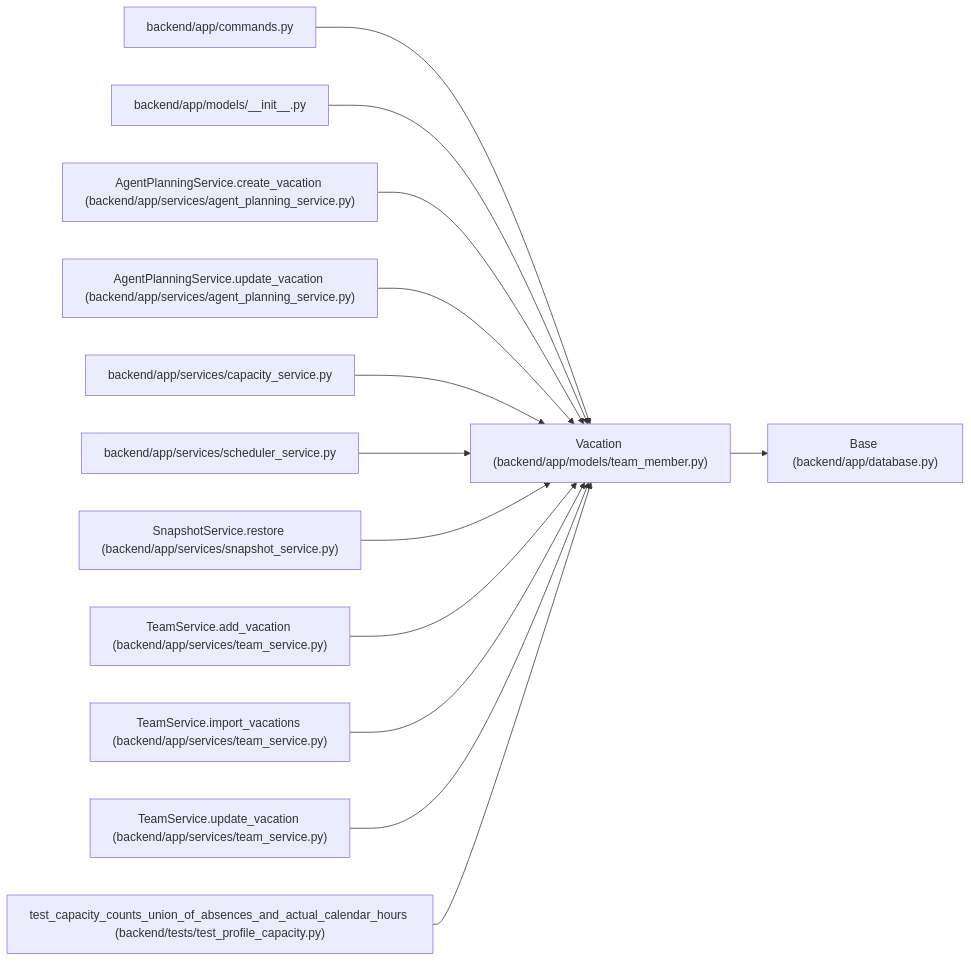
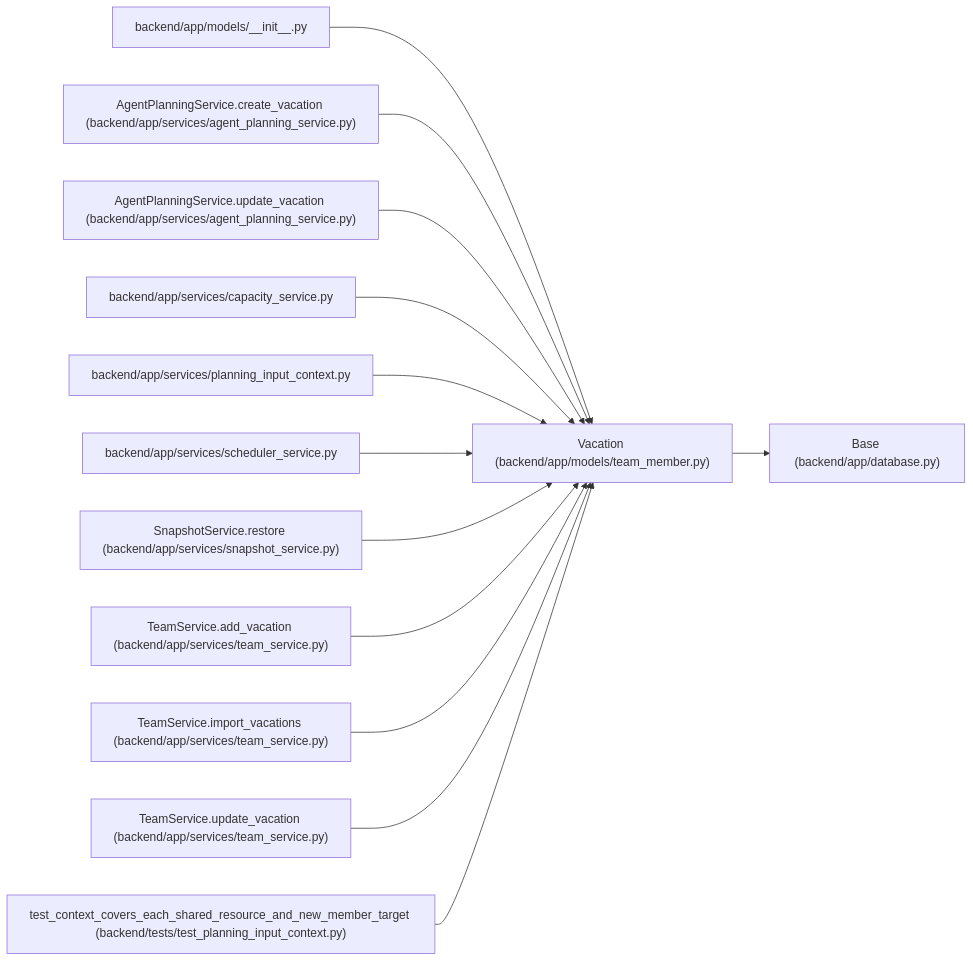
One commit to Denissvgn/WorkChord changed the diagram in docs/llm_wiki/entities/team_member_Vacation.md. Above: the diagram before and after it, drawn with Mermaid. The commit also changed other lines of this file and 10148 other files, not shown here.

````diff
--- a/docs/llm_wiki/entities/team_member_Vacation.md
+++ b/docs/llm_wiki/entities/team_member_Vacation.md
@@ -30,41 +30,41 @@
 ```mermaid
 flowchart LR
     n0["Vacation (backend/app/models/team_member.py)"]
     n1["Base (backend/app/database.py)"]
-    n2["backend/app/commands.py"]
-    n3["backend/app/models/__init__.py"]
-    n4["AgentPlanningService.create_vacation (backend/app/services/agent_planning_service.py)"]
-    n5["AgentPlanningService.update_vacation (backend/app/services/agent_planning_service.py)"]
-    n6["backend/app/services/capacity_service.py"]
+    n2["backend/app/models/__init__.py"]
+    n3["AgentPlanningService.create_vacation (backend/app/services/agent_planning_service.py)"]
+    n4["AgentPlanningService.update_vacation (backend/app/services/agent_planning_service.py)"]
+    n5["backend/app/services/capacity_service.py"]
+    n6["backend/app/services/planning_input_context.py"]
     n7["backend/app/services/scheduler_service.py"]
     n8["SnapshotService.restore (backend/app/services/snapshot_service.py)"]
     n9["TeamService.add_vacation (backend/app/services/team_service.py)"]
     n10["TeamService.import_vacations (backend/app/services/team_service.py)"]
     n11["TeamService.update_vacation (backend/app/services/team_service.py)"]
-    n12["test_capacity_counts_union_of_absences_and_actual_calendar_hours (backend/tests/test_profile_capacity.py)"]
+    n12["test_context_covers_each_shared_resource_and_new_member_target (backend/tests/test_planning_input_context.py)"]
     n0 --> n1
     n2 --> n0
     n3 --> n0
     n4 --> n0
     n5 --> n0
     n6 --> n0
     n7 --> n0
     n8 --> n0
     n9 --> n0
     n10 --> n0
     n11 --> n0
     n12 --> n0
     click n0 "../modules/team_member.md"
     click n1 "../modules/app_database.md"
-    click n2 "../modules/commands.md"
-    click n3 "../modules/models___init__.md"
+    click n2 "../modules/models___init__.md"
+    click n3 "../modules/agent_planning_service.md"
     click n4 "../modules/agent_planning_service.md"
-    click n5 "../modules/agent_planning_service.md"
-    click n6 "../modules/capacity_service.md"
+    click n5 "../modules/capacity_service.md"
+    click n6 "../modules/planning_input_context.md"
     click n7 "../modules/scheduler_service.md"
     click n8 "../modules/snapshot_service.md"
     click n9 "../modules/team_service.md"
     click n10 "../modules/team_service.md"
     click n11 "../modules/team_service.md"
-    click n12 "../modules/test_profile_capacity.md"
+    click n12 "../modules/test_planning_input_context.md"
 ```
````
